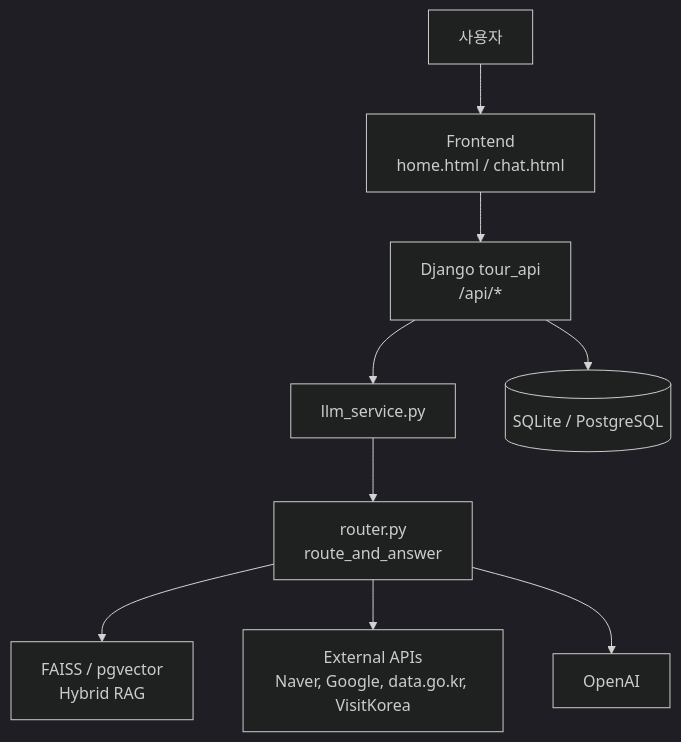
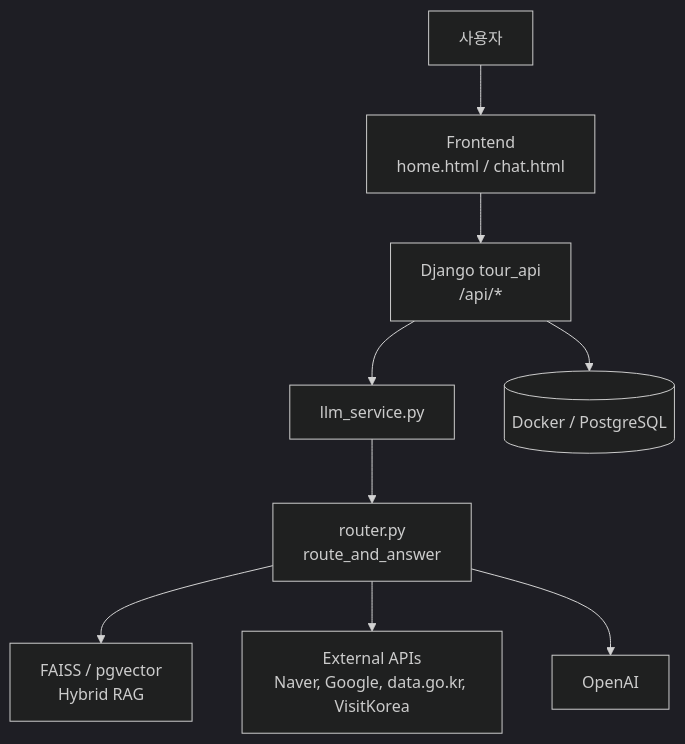
The first of 3 diagrams in docs/system-design-overview.md (LeeDohun-hub/japantour_project), drawn with Mermaid (dark theme) before and after one commit. The commit also changed 1 other file, not shown here.

Commit message:
리드미, 시스템오버뷰 수정

````diff
--- a/docs/system-design-overview.md
+++ b/docs/system-design-overview.md
@@ -11,11 +11,11 @@
 ```mermaid
 flowchart TB
   U["사용자"] --> FE["Frontend\nhome.html / chat.html"]
   FE --> API["Django tour_api\n/api/*"]
   API --> LLM["llm_service.py"]
   LLM --> ROUTER["router.py\nroute_and_answer"]
   ROUTER --> RAG["FAISS / pgvector\nHybrid RAG"]
   ROUTER --> EXT["External APIs\nNaver, Google, data.go.kr, VisitKorea"]
   ROUTER --> OAI["OpenAI"]
-  API --> DB[("SQLite / PostgreSQL")]
+  API --> DB[("Docker / PostgreSQL")]
 ```
````
